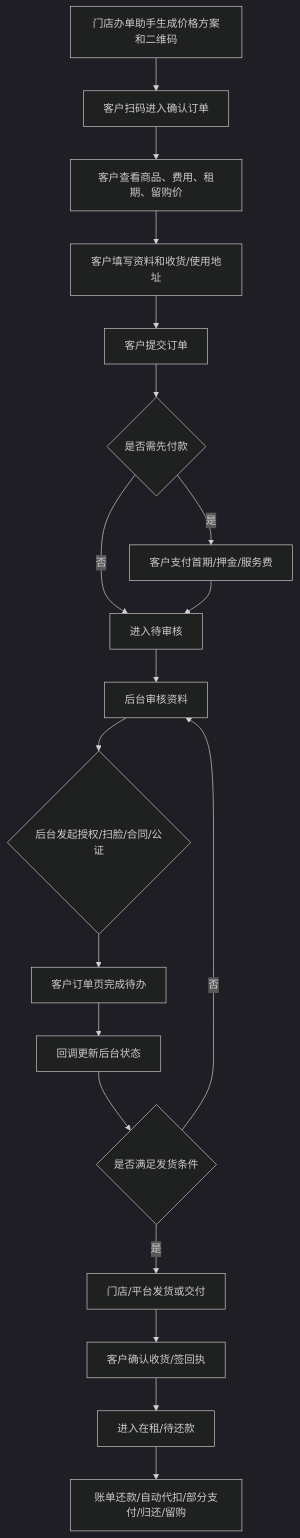
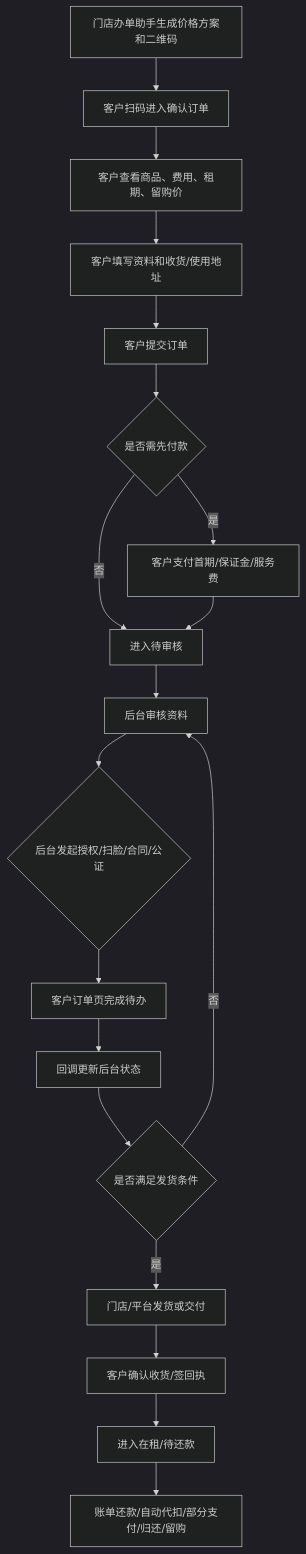
One commit to joezjyan-bot/mandian-prd changed the diagram in PRD/V0.2/modules/C端/下单履约/01_客户扫码下单主流程.md. Above: the diagram before and after it, drawn with Mermaid (dark theme). The commit also changed other lines of this file and 12 other files, not shown here.

````diff
--- a/PRD/V0.2/modules/C端/下单履约/01_客户扫码下单主流程.md
+++ b/PRD/V0.2/modules/C端/下单履约/01_客户扫码下单主流程.md
@@ -40,21 +42,21 @@
 ```mermaid
 flowchart TD
     A["门店办单助手生成价格方案和二维码"] --> B["客户扫码进入确认订单"]
     B --> C["客户查看商品、费用、租期、留购价"]
     C --> D["客户填写资料和收货/使用地址"]
     D --> E["客户提交订单"]
     E --> F{"是否需先付款"}
-    F -->|是| G["客户支付首期/押金/服务费"]
+    F -->|是| G["客户支付首期/保证金/服务费"]
     F -->|否| H["进入待审核"]
     G --> H
     H --> I["后台审核资料"]
     I --> J{"后台发起授权/扫脸/合同/公证"}
     J --> K["客户订单页完成待办"]
     K --> L["回调更新后台状态"]
     L --> M{"是否满足发货条件"}
     M -->|否| I
     M -->|是| N["门店/平台发货或交付"]
     N --> O["客户确认收货/签回执"]
     O --> P["进入在租/待还款"]
     P --> Q["账单还款/自动代扣/部分支付/归还/留购"]
 ```
````
